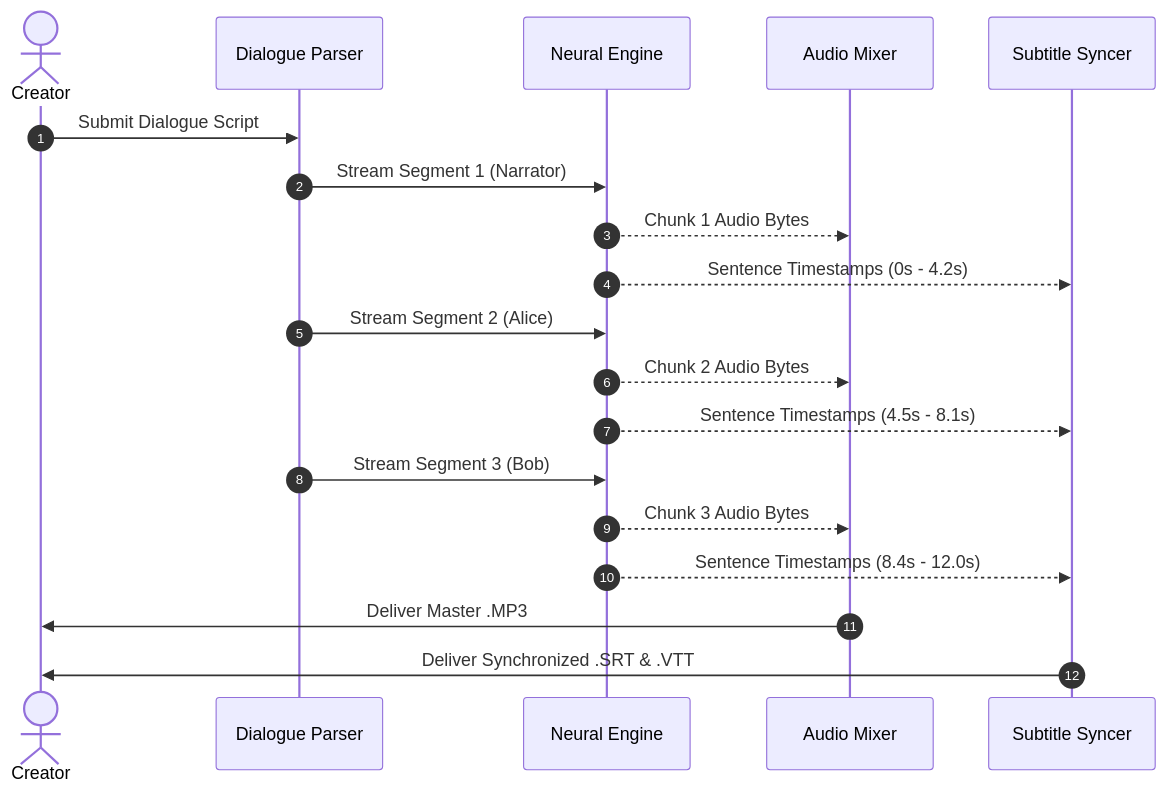
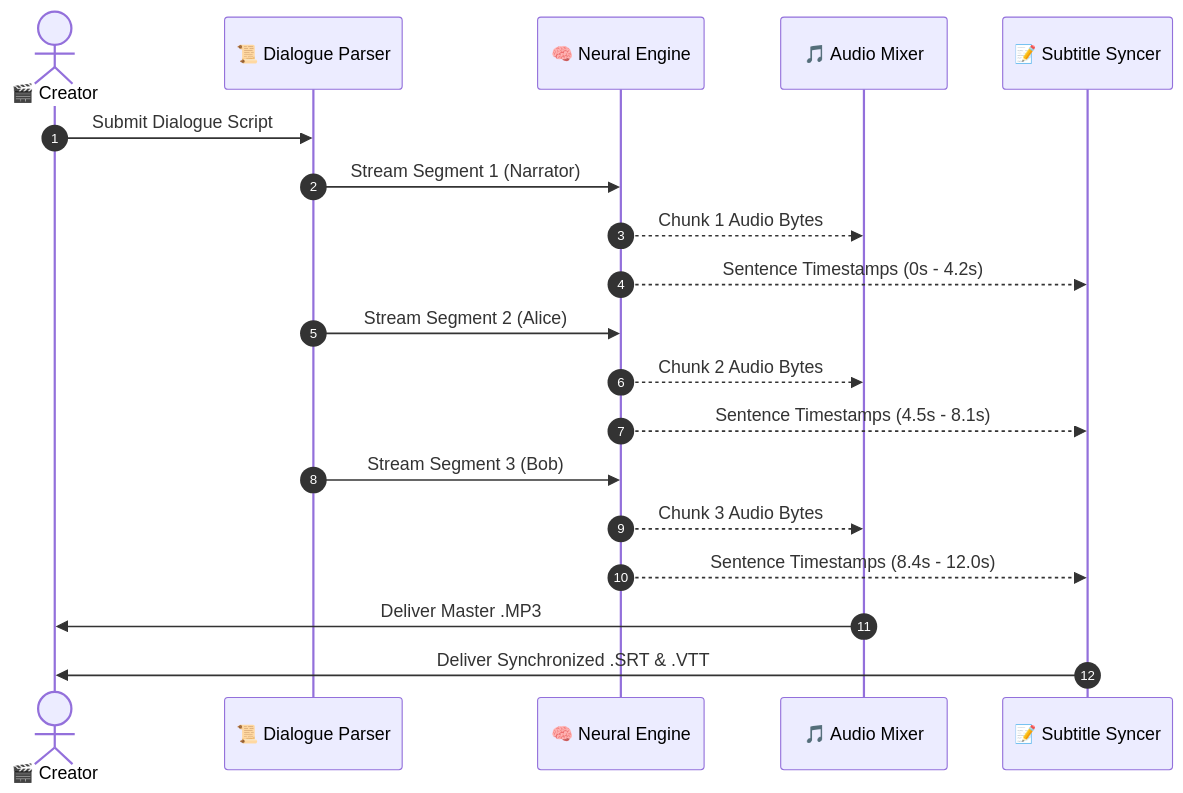
Before and after one commit to taezeem14/text-to-speech-studio: the second of 2 diagrams in README.md, drawn with Mermaid. The commit also changed other lines of this file, not shown here.

````diff
--- a/README.md
+++ b/README.md
@@ -172,25 +172,25 @@
 ```mermaid
 sequenceDiagram
     autonumber
-    actor Creator as Creator
-    participant Parser as Dialogue Parser
-    participant Engine as Neural Engine
-    participant Audio as Audio Mixer
-    participant Subs as Subtitle Syncer
+    actor Creator as 🎬 Creator
+    participant Parser as 📜 Dialogue Parser
+    participant Engine as 🧠 Neural Engine
+    participant Audio as 🎵 Audio Mixer
+    participant Subs as 📝 Subtitle Syncer
 
     Creator->>Parser: Submit Dialogue Script
     Parser->>Engine: Stream Segment 1 (Narrator)
     Engine-->>Audio: Chunk 1 Audio Bytes
     Engine-->>Subs: Sentence Timestamps (0s - 4.2s)
 
     Parser->>Engine: Stream Segment 2 (Alice)
     Engine-->>Audio: Chunk 2 Audio Bytes
     Engine-->>Subs: Sentence Timestamps (4.5s - 8.1s)
 
     Parser->>Engine: Stream Segment 3 (Bob)
     Engine-->>Audio: Chunk 3 Audio Bytes
     Engine-->>Subs: Sentence Timestamps (8.4s - 12.0s)
 
     Audio->>Creator: Deliver Master .MP3
     Subs->>Creator: Deliver Synchronized .SRT & .VTT
 ```
````
